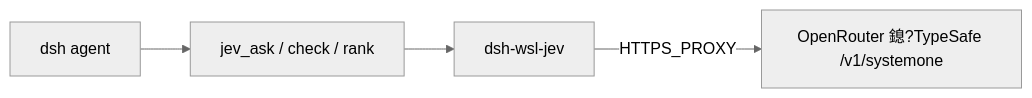
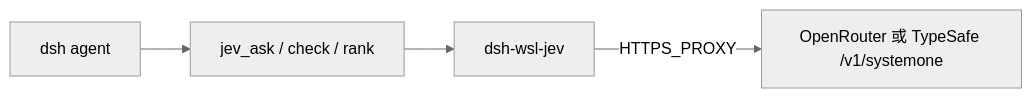
One commit to 173787247/dsh-wsl-jev changed the diagram in README.zh.md. Above: the diagram before and after it, drawn with Mermaid (neutral theme). The commit also changed other lines of this file and 1 other file, not shown here.

````diff
--- a/README.zh.md
+++ b/README.zh.md
@@ -13,6 +13,6 @@
 ```mermaid
 flowchart LR
   agent["dsh agent"] --> tools["jev_ask / check / rank"]
   tools --> plugin["dsh-wsl-jev"]
-  plugin -->|"HTTPS_PROXY"| api["OpenRouter 鎴?TypeSafe /v1/systemone"]
+  plugin -->|"HTTPS_PROXY"| api["OpenRouter 或 TypeSafe /v1/systemone"]
 ```
````
